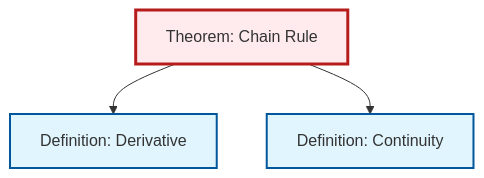
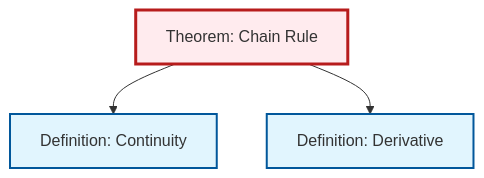
Before and after one commit to RK0429/ModernMath: the second of 2 diagrams in content/en/analysis/thm-chain-rule.qmd, drawn with Mermaid. The commit also changed other lines of this file and 615 other files, not shown here.

````diff
--- a/content/en/analysis/thm-chain-rule.qmd
+++ b/content/en/analysis/thm-chain-rule.qmd
@@ -82,17 +82,17 @@
 ```{mermaid}
 %%| fig-cap: "Local dependency graph"
 graph TD
     classDef definition fill:#e1f5fe,stroke:#01579b,stroke-width:2px
     classDef theorem fill:#f3e5f5,stroke:#4a148c,stroke-width:2px
     classDef axiom fill:#fff3e0,stroke:#e65100,stroke-width:2px
     classDef example fill:#e8f5e9,stroke:#1b5e20,stroke-width:2px
     classDef current fill:#ffebee,stroke:#b71c1c,stroke-width:3px
-    def-derivative["Definition: Derivative"]:::definition
     def-continuity["Definition: Continuity"]:::definition
     thm-chain-rule["Theorem: Chain Rule"]:::theorem
+    def-derivative["Definition: Derivative"]:::definition
+    thm-chain-rule --> def-continuity
     thm-chain-rule --> def-derivative
-    thm-chain-rule --> def-continuity
     class thm-chain-rule current
+    click def-continuity "def-continuity.html" "Go to Continuity definition"
     click def-derivative "def-derivative.html" "Go to Derivative definition"
-    click def-continuity "def-continuity.html" "Go to Continuity definition"
 ```
````
